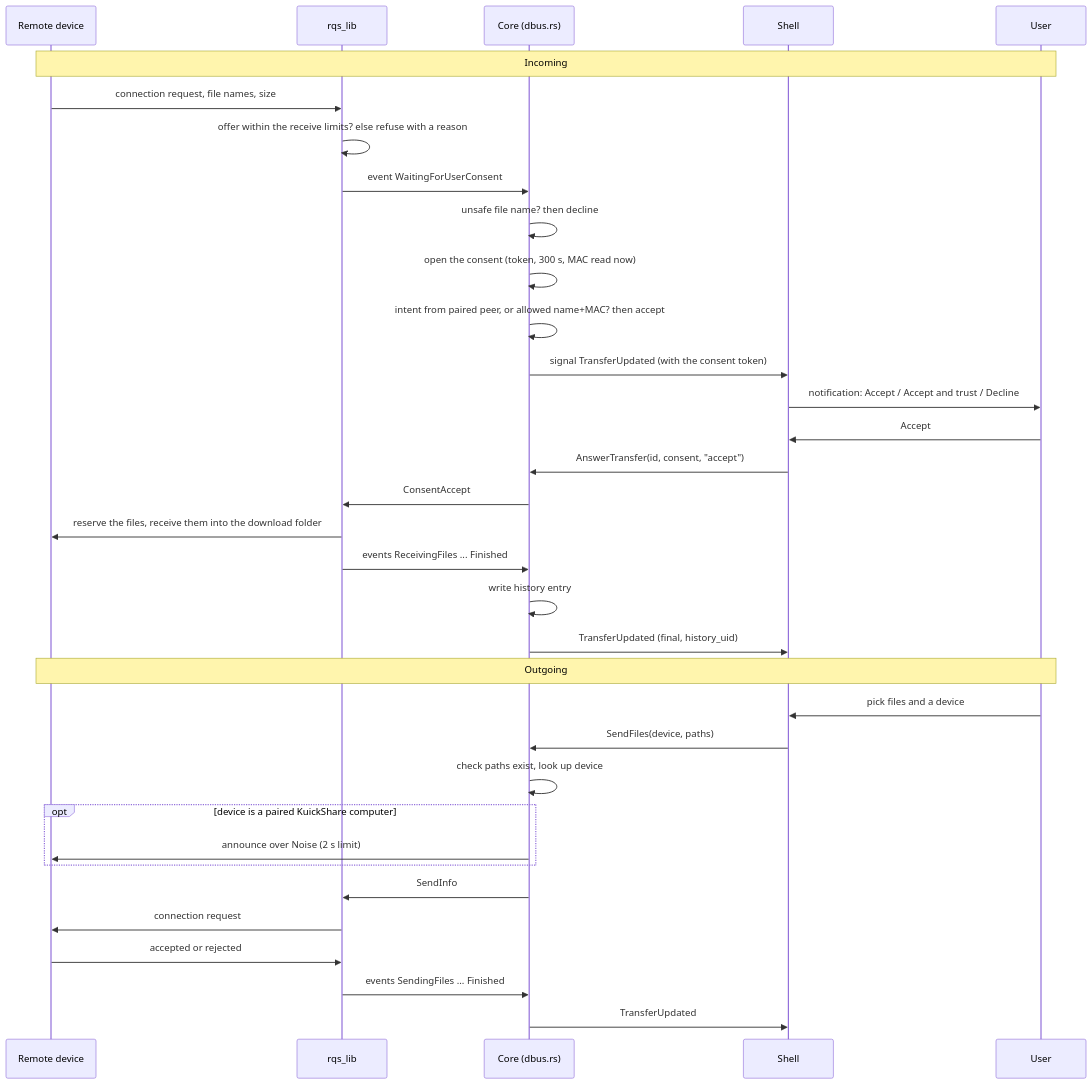
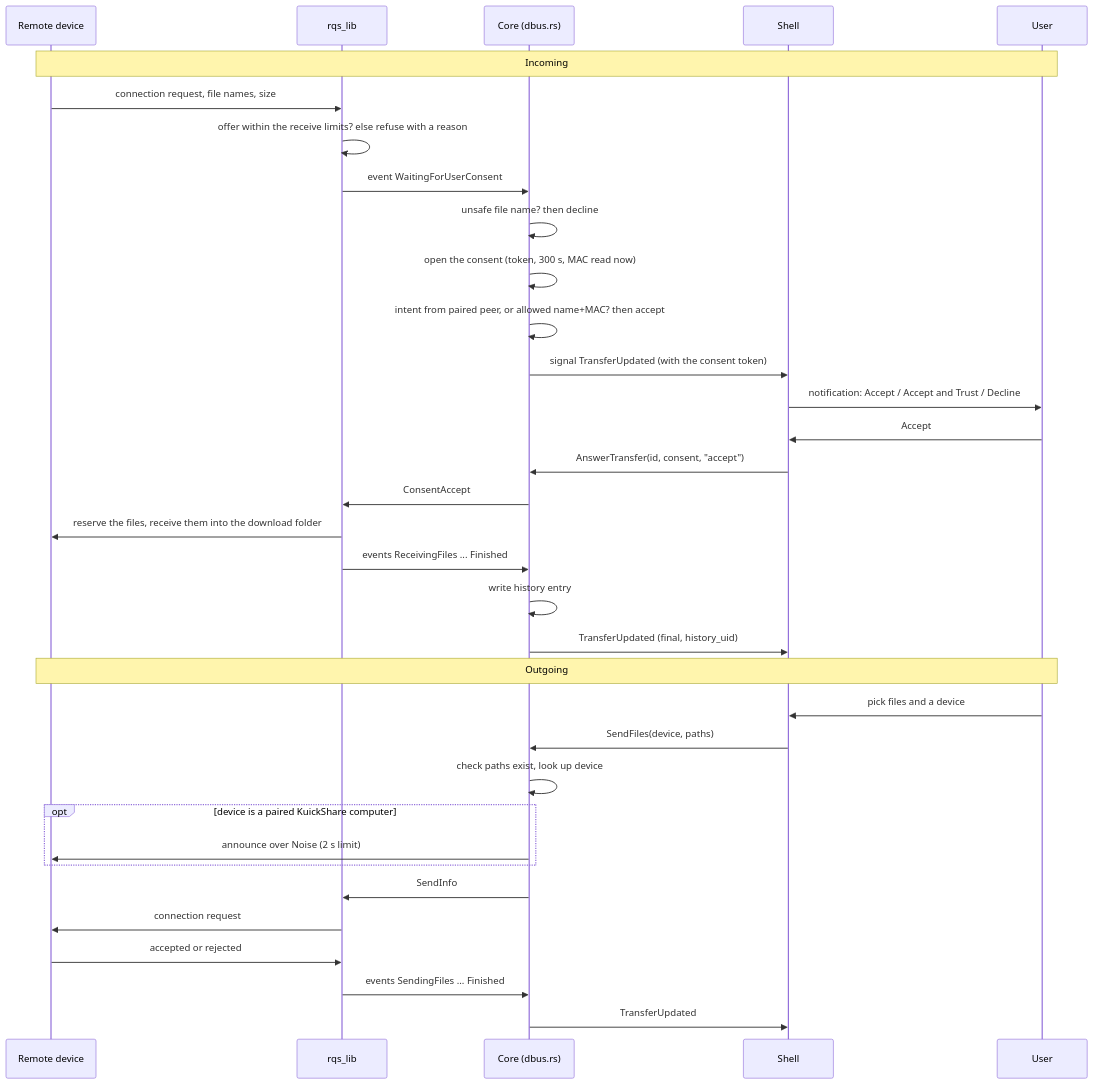
The second of 5 diagrams in docs/architecture.md (the-beper/KuickShare), drawn with Mermaid before and after one commit. The commit also changed other lines of this file and 44 other files, not shown here.

````diff
--- a/docs/architecture.md
+++ b/docs/architecture.md
@@ -114,38 +114,38 @@
 ```mermaid
 sequenceDiagram
     participant P as Remote device
     participant L as rqs_lib
     participant C as Core (dbus.rs)
     participant S as Shell
     participant U as User
 
     Note over P,U: Incoming
     P->>L: connection request, file names, size
     L->>L: offer within the receive limits? else refuse with a reason
     L->>C: event WaitingForUserConsent
     C->>C: unsafe file name? then decline
     C->>C: open the consent (token, 300 s, MAC read now)
     C->>C: intent from paired peer, or allowed name+MAC? then accept
     C->>S: signal TransferUpdated (with the consent token)
-    S->>U: notification: Accept / Accept and trust / Decline
+    S->>U: notification: Accept / Accept and Trust / Decline
     U->>S: Accept
     S->>C: AnswerTransfer(id, consent, "accept")
     C->>L: ConsentAccept
     L->>P: reserve the files, receive them into the download folder
     L->>C: events ReceivingFiles ... Finished
     C->>C: write history entry
     C->>S: TransferUpdated (final, history_uid)
 
     Note over P,U: Outgoing
     U->>S: pick files and a device
     S->>C: SendFiles(device, paths)
     C->>C: check paths exist, look up device
     opt device is a paired KuickShare computer
         C->>P: announce over Noise (2 s limit)
     end
     C->>L: SendInfo
     L->>P: connection request
     P->>L: accepted or rejected
     L->>C: events SendingFiles ... Finished
     C->>S: TransferUpdated
 ```
````
